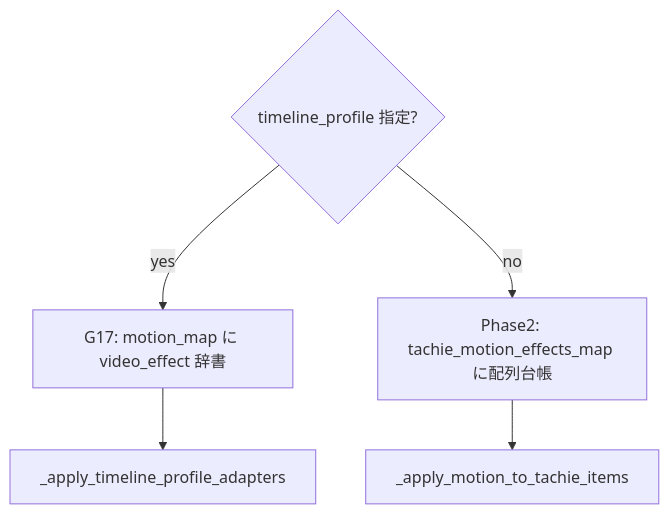
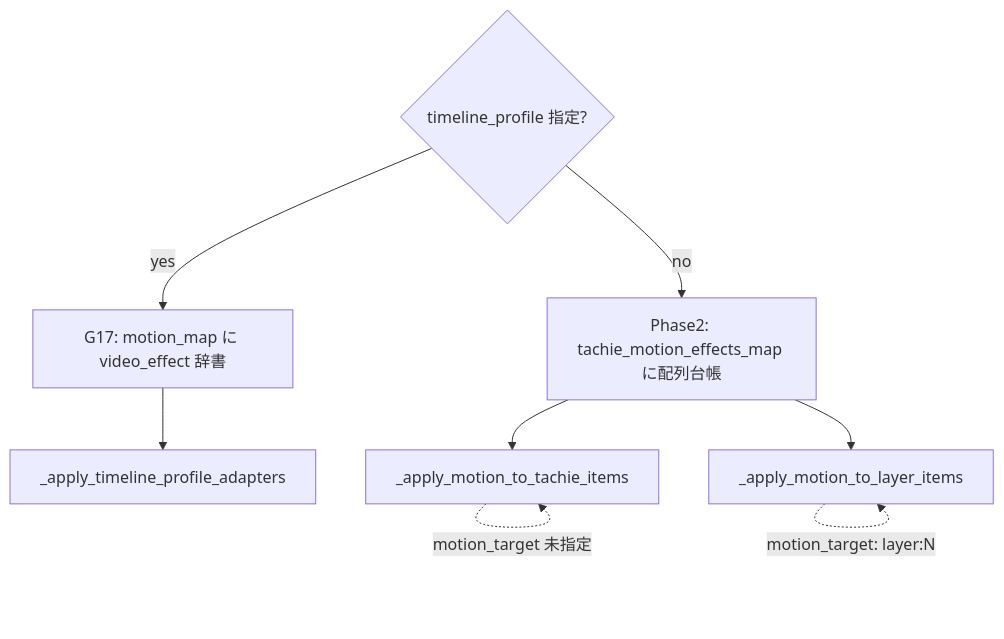
Before and after one commit to YuShimoji/NLMYTGen: the second of 2 diagrams in docs/PRODUCTION_IR_CAPABILITY_MATRIX.md, drawn with Mermaid. The commit also changed other lines of this file and 22 other files, not shown here.

First line of the commit message:
feat(G-23/G-24): motion_target routing + skit group template spec

````diff
--- a/docs/PRODUCTION_IR_CAPABILITY_MATRIX.md
+++ b/docs/PRODUCTION_IR_CAPABILITY_MATRIX.md
@@ -41,8 +41,11 @@
 ```mermaid
 flowchart TD
   tp{timeline_profile 指定?}
   tp -->|yes| g17[G17: motion_map に video_effect 辞書]
   tp -->|no| p2[Phase2: tachie_motion_effects_map に配列台帳]
   g17 --> adapt[_apply_timeline_profile_adapters]
   p2 --> split[_apply_motion_to_tachie_items]
+  p2 --> layer[_apply_motion_to_layer_items]
+  split -.->|motion_target 未指定| split
+  layer -.->|motion_target: layer:N| layer
 ```
````
